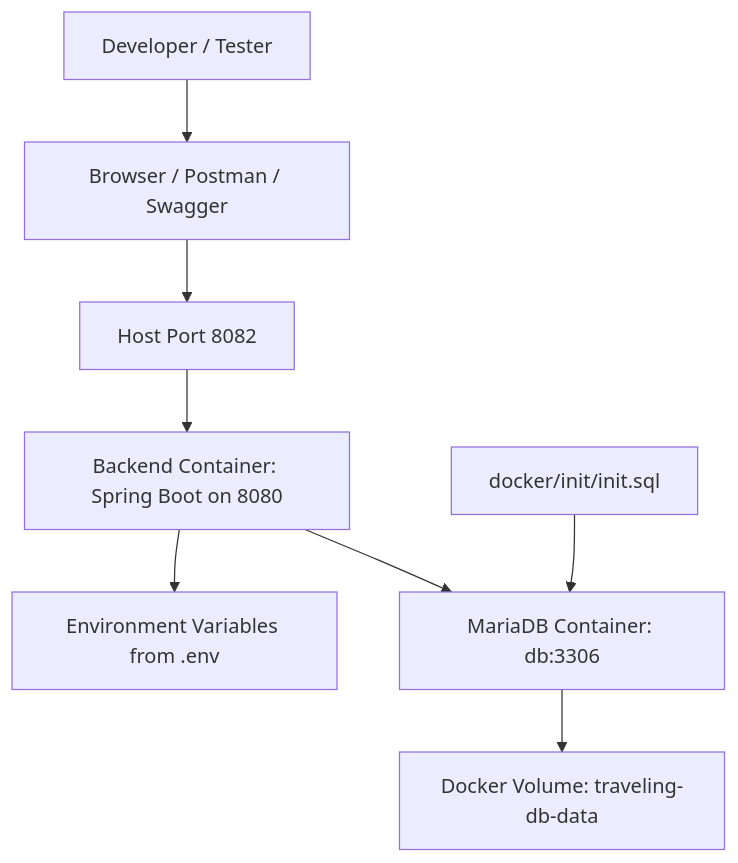
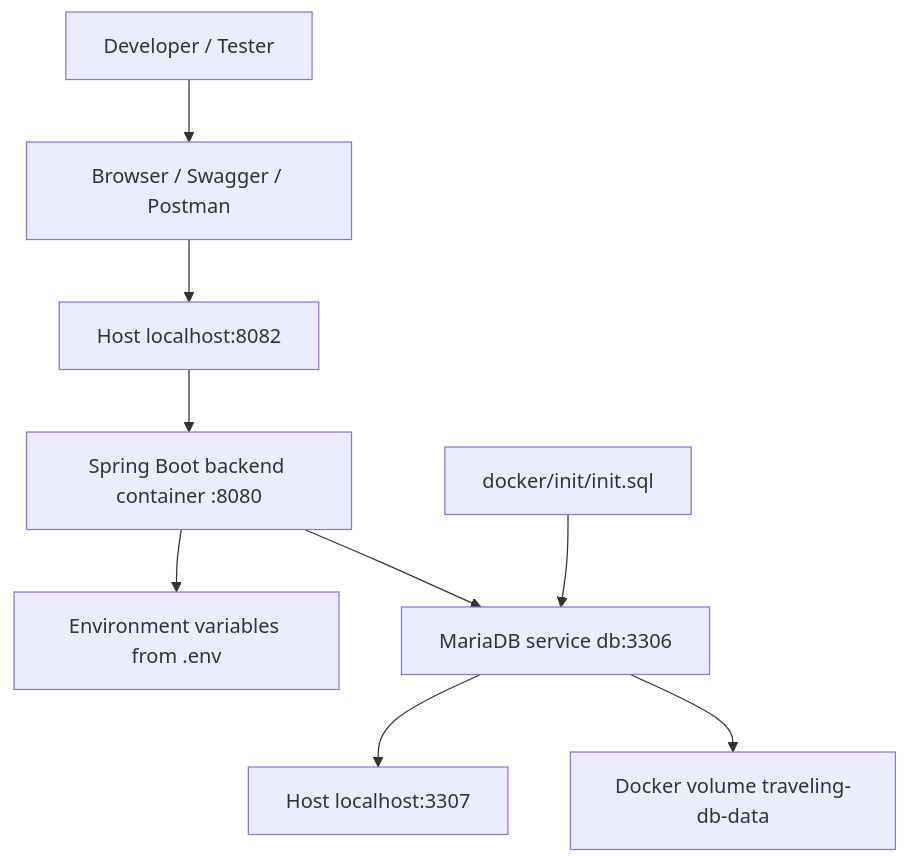
The diagram in backend/docs/DOCKER_SETUP.md (JustinBui22/wandermate-fullstack), drawn with Mermaid before and after one commit. The commit also changed other lines of this file and 14 other files, not shown here.

````diff
--- a/backend/docs/DOCKER_SETUP.md
+++ b/backend/docs/DOCKER_SETUP.md
@@ -20,10 +20,11 @@
 ```mermaid
 flowchart TD
-    User[Developer / Tester] --> Tool[Browser / Postman / Swagger]
-    Tool --> Port[Host Port 8082]
-    Port --> Backend[Backend Container: Spring Boot on 8080]
-    Backend --> Env[Environment Variables from .env]
-    Backend --> DB[MariaDB Container: db:3306]
-    DB --> Volume[Docker Volume: traveling-db-data]
+    User[Developer / Tester] --> Tool[Browser / Swagger / Postman]
+    Tool --> BackendPort[Host localhost:8082]
+    BackendPort --> Backend[Spring Boot backend container :8080]
+    Backend --> Env[Environment variables from .env]
+    Backend --> DB[MariaDB service db:3306]
+    DB --> HostDB[Host localhost:3307]
+    DB --> Volume[Docker volume traveling-db-data]
     Seed[docker/init/init.sql] --> DB
 ```
````
